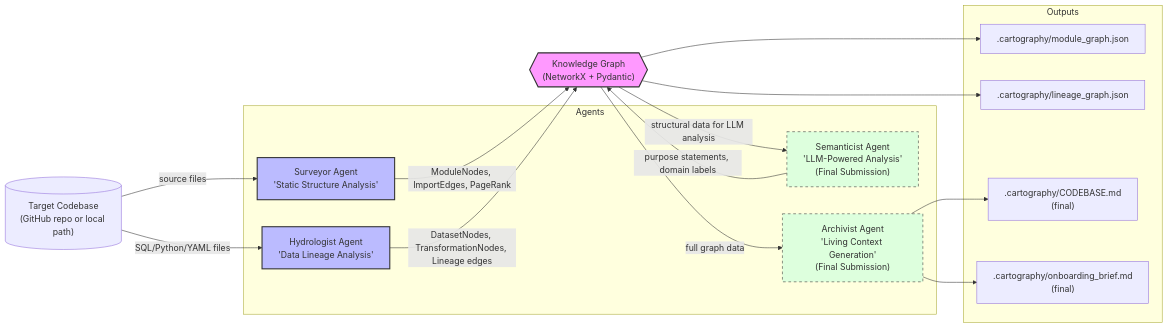
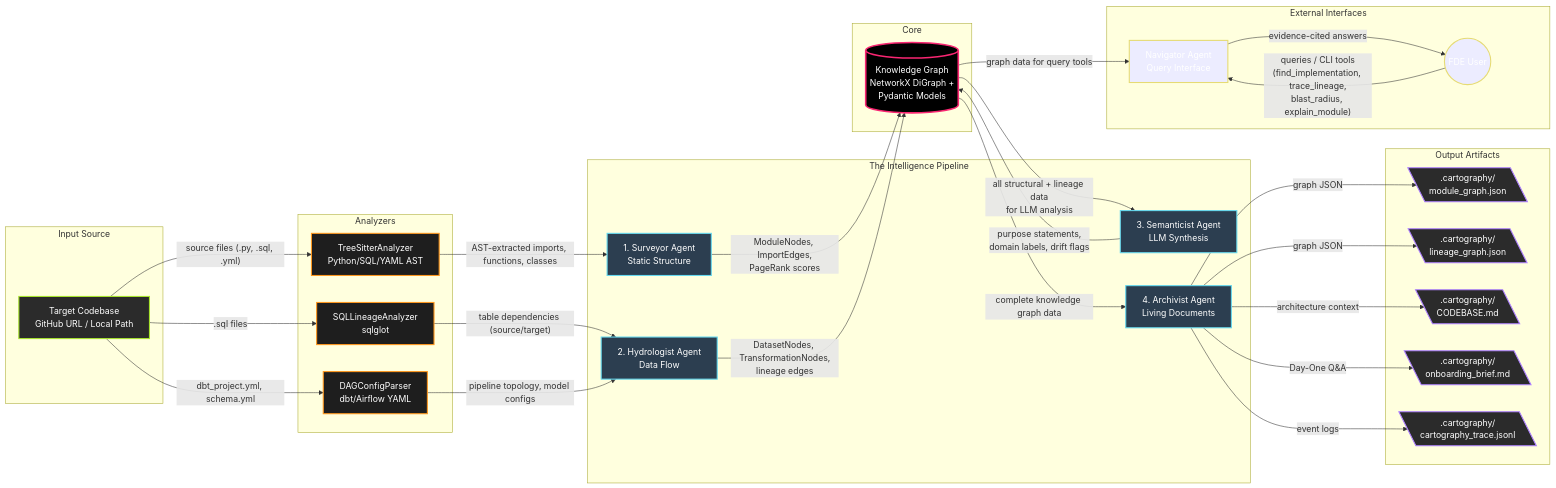
One commit to 78gk/TRP-1-Week-4-The-Brownfield-Cartographer changed the diagram in architecture_diagram.md. Above: the diagram before and after it, drawn with Mermaid. The commit also changed other lines of this file and 18 other files, not shown here.

First line of the commit message:
feat: final submission report and artifacts

````diff
--- a/architecture_diagram.md
+++ b/architecture_diagram.md
@@ -1,50 +3,73 @@
 ```mermaid
 graph LR
-    %% System Input
-    Input[("Target Codebase<br/>(GitHub repo or local path)")]
+    %% Data Flow Styling
+    classDef input fill:#2b2b2b,stroke:#a6e22e,stroke-width:2px,color:#fff;
+    classDef analyzer fill:#1e1e1e,stroke:#fd971f,stroke-width:2px,color:#fff;
+    classDef agent fill:#2c3e50,stroke:#66d9ef,stroke-width:2px,color:#fff;
+    classDef datastore fill:#000000,stroke:#f92672,stroke-width:3px,color:#fff;
+    classDef output fill:#2b2b2b,stroke:#ae81ff,stroke-width:2px,color:#fff;
+    classDef query layer fill:#1e1e1e,stroke:#e6db74,stroke-width:2px,color:#fff;
 
-    %% Central Data Store
-    KG{{"Knowledge Graph<br/>(NetworkX + Pydantic)"}}
-
-    %% Agents
-    subgraph Agents
-        Surveyor["Surveyor Agent<br/>'Static Structure Analysis'"]
-        Hydro["Hydrologist Agent<br/>'Data Lineage Analysis'"]
-        Semanticist["Semanticist Agent<br/>'LLM-Powered Analysis'<br/>(Final Submission)"]
-        Archivist["Archivist Agent<br/>'Living Context Generation'<br/>(Final Submission)"]
+    %% Subgraphs
+    subgraph Input Source
+        Repo[Target Codebase<br>GitHub URL / Local Path]:::input
     end
 
-    %% Outputs
-    subgraph Outputs
-        M_Graph[".cartography/module_graph.json"]
-        L_Graph[".cartography/lineage_graph.json"]
-        C_MD[".cartography/CODEBASE.md<br/>(final)"]
-        O_MD[".cartography/onboarding_brief.md<br/>(final)"]
+    subgraph Analyzers
+        TS[TreeSitterAnalyzer<br>Python/SQL/YAML AST]:::analyzer
+        SQL[SQLLineageAnalyzer<br>sqlglot]:::analyzer
+        DAG[DAGConfigParser<br>dbt/Airflow YAML]:::analyzer
     end
 
-    %% Data Flows
-    Input -- "source files" --> Surveyor
-    Input -- "SQL/Python/YAML files" --> Hydro
+    subgraph The Intelligence Pipeline
+        Surveyor[1. Surveyor Agent<br>Static Structure]:::agent
+        Hydro[2. Hydrologist Agent<br>Data Flow]:::agent
+        Semanticist[3. Semanticist Agent<br>LLM Synthesis]:::agent
+        Archivist[4. Archivist Agent<br>Living Documents]:::agent
+    end
+
+    subgraph Core
+        KG[(Knowledge Graph<br>NetworkX DiGraph + <br>Pydantic Models)]:::datastore
+    end
+
+    subgraph Output Artifacts
+        ModJSON[\.cartography/<br>module_graph.json\]:::output
+        LinJSON[\.cartography/<br>lineage_graph.json\]:::output
+        CodeBase[\.cartography/<br>CODEBASE.md\]:::output
+        Brief[\.cartography/<br>onboarding_brief.md\]:::output
+        Trace[\.cartography/<br>cartography_trace.jsonl\]:::output
+    end
+
+    subgraph External Interfaces
+        Navigator[Navigator Agent<br>Query Interface]:::query
+        User((FDE User)):::query
+    end
+
+    %% Edge Mappings
+    Repo -- "source files (.py, .sql, .yml)" --> TS
+    Repo -- ".sql files" --> SQL
+    Repo -- "dbt_project.yml, schema.yml" --> DAG
+
+    TS -- "AST-extracted imports, functions, classes" --> Surveyor
+    SQL -- "table dependencies (source/target)" --> Hydro
+    DAG -- "pipeline topology, model configs" --> Hydro
+
+    Surveyor -- "ModuleNodes, ImportEdges,<br>PageRank scores" --> KG
+    Hydro -- "DatasetNodes, TransformationNodes,<br>lineage edges" --> KG
     
-    Surveyor -- "ModuleNodes, ImportEdges, PageRank" --> KG
-    Hydro -- "DatasetNodes, TransformationNodes, Lineage edges" --> KG
+    KG -- "all structural + lineage data<br>for LLM analysis" --> Semanticist
+    Semanticist -- "purpose statements,<br>domain labels, drift flags" --> KG
     
-    KG -- "structural data for LLM analysis" --> Semanticist
-    KG -- "full graph data" --> Archivist
+    KG -- "complete knowledge graph data" --> Archivist
     
-    Semanticist -- "purpose statements, domain labels" --> KG
+    Archivist -- "architecture context" --> CodeBase
+    Archivist -- "Day-One Q&A" --> Brief
+    Archivist -- "event logs" --> Trace
+    Archivist -- "graph JSON" --> ModJSON
+    Archivist -- "graph JSON" --> LinJSON
+
+    KG -- "graph data for query tools" --> Navigator
     
-    KG --> M_Graph
-    KG --> L_Graph
-    Archivist --> C_MD
-    Archivist --> O_MD
-
-    %% Styling
-    classDef storage fill:#f9f,stroke:#333,stroke-width:2px
-    classDef agent fill:#bbf,stroke:#333,stroke-width:2px
-    classDef final fill:#dfd,stroke:#333,stroke-width:1px,stroke-dasharray: 5 5
-    
-    class KG storage
-    class Surveyor,Hydro agent
-    class Semanticist,Archivist final
+    User -- "queries / CLI tools<br>(find_implementation, trace_lineage,<br>blast_radius, explain_module)" --> Navigator
+    Navigator -- "evidence-cited answers" --> User
 ```
````
